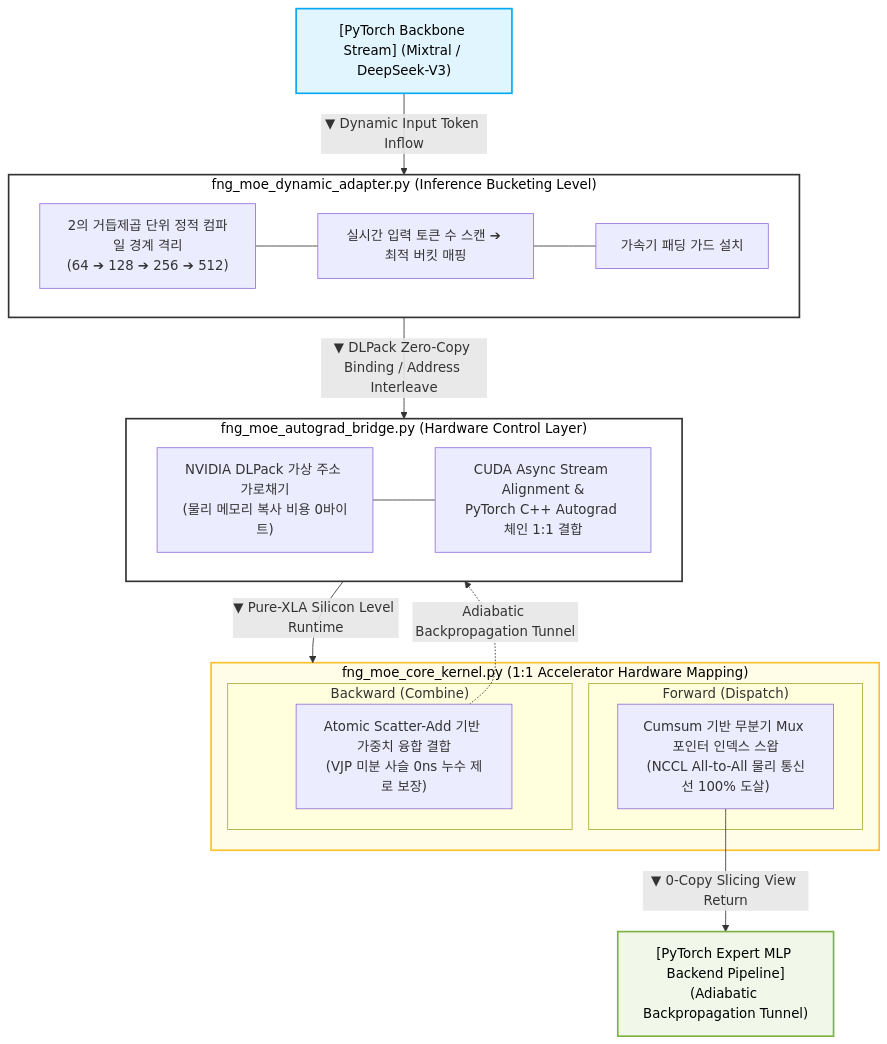
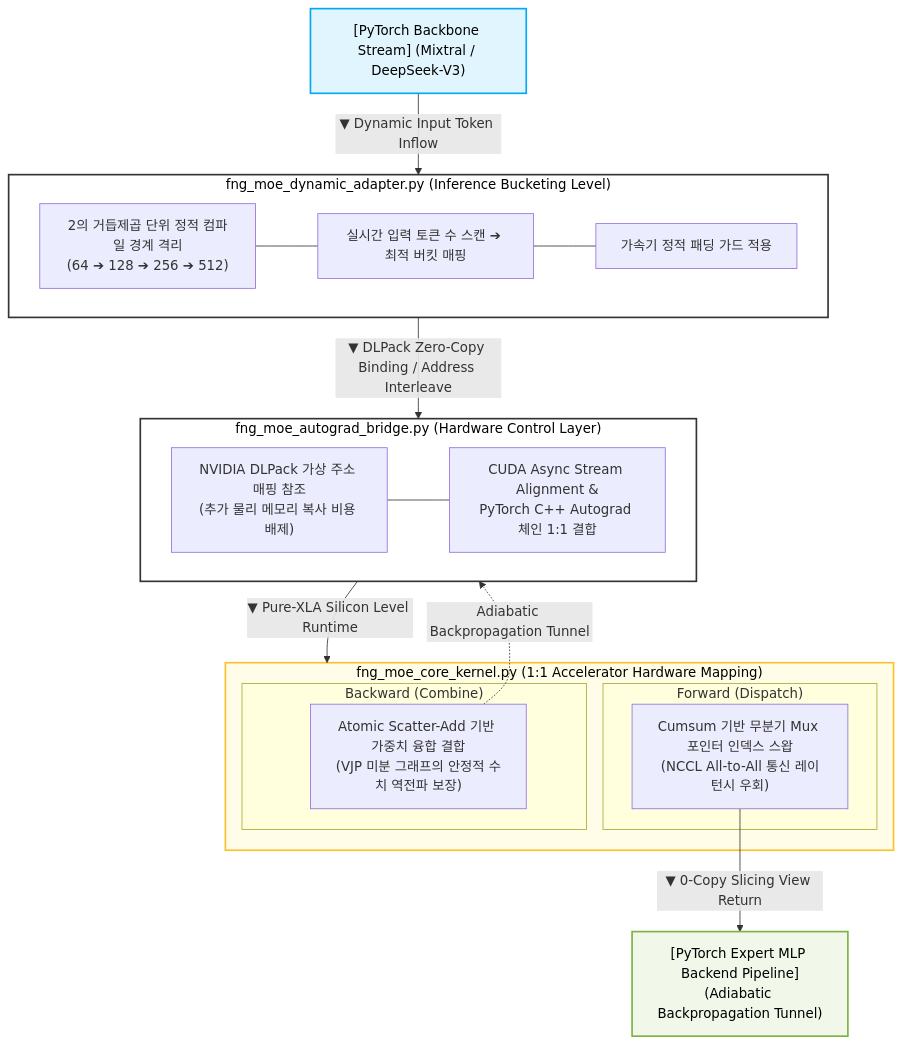
One commit to PJHkorea/branchless-moe-router changed the diagram in README.md. Above: the diagram before and after it, drawn with Mermaid. The commit also changed other lines of this file, not shown here.

````diff
--- a/README.md
+++ b/README.md
@@ -16,50 +22,50 @@
 ```mermaid
 graph TD
     %% 노드 스타일 정의
     classDef stream fill:#e1f5fe,stroke:#03a9f4,stroke-width:2px,color:#000;
     classDef layer fill:#fff,stroke:#333,stroke-width:2px,color:#000;
     classDef kernel fill:#fffde7,stroke:#fbc02d,stroke-width:2px,color:#000;
     classDef backend fill:#f1f8e9,stroke:#7cb342,stroke-width:2px,color:#000;
 
     %% 1. 입력 스트림
     Input["[PyTorch Backbone Stream] (Mixtral / DeepSeek-V3)"]:::stream
     Input -->|▼ Dynamic Input Token Inflow| L1
 
     %% 2. 인퍼런스 버케팅 레이어
     subgraph L1 ["fng_moe_dynamic_adapter.py (Inference Bucketing Level)"]
         A1["2의 거듭제곱 단위 정적 컴파일 경계 격리<br>(64 ➔ 128 ➔ 256 ➔ 512)"]
         A2["실시간 입력 토큰 수 스캔 ➔ 최적 버킷 매핑"]
-        A3["가속기 패딩 가드 설치"]
+        A3["가속기 정적 패딩 가드 적용"]
         A1 --- A2 --- A3
     end
     class L1 layer;
 
     L1 -->|▼ DLPack Zero-Copy Binding / Address Interleave| L2
 
     %% 3. 하드웨어 제어 레이어
     subgraph L2 ["fng_moe_autograd_bridge.py (Hardware Control Layer)"]
-        B1["NVIDIA DLPack 가상 주소 가로채기<br>(물리 메모리 복사 비용 0바이트)"]
+        B1["NVIDIA DLPack 가상 주소 매핑 참조<br>(추가 물리 메모리 복사 비용 배제)"]
         B2["CUDA Async Stream Alignment &<br>PyTorch C++ Autograd 체인 1:1 결합"]
         B1 --- B2
     end
     class L2 layer;
 
     L2 -->|▼ Pure-XLA Silicon Level Runtime| L3
 
     %% 4. 가속기 하드웨어 매핑 커널
     subgraph L3 ["fng_moe_core_kernel.py (1:1 Accelerator Hardware Mapping)"]
         subgraph Forward ["Forward (Dispatch)"]
-            C1["Cumsum 기반 무분기 Mux 포인터 인덱스 스왑<br>(NCCL All-to-All 물리 통신선 100% 도살)"]
+            C1["Cumsum 기반 무분기 Mux 포인터 인덱스 스왑<br>(NCCL All-to-All 통신 레이턴시 우회)"]
         end
         subgraph Backward ["Backward (Combine)"]
-            C2["Atomic Scatter-Add 기반 가중치 융합 결합<br>(VJP 미분 사슬 0ns 누수 제로 보장)"]
+            C2["Atomic Scatter-Add 기반 가중치 융합 결합<br>(VJP 미분 그래프의 안정적 수치 역전파 보장)"]
         end
     end
     class L3 kernel;
 
     %% 5. 백엔드 파이프라인 구조 연결
     C1 -->|▼ 0-Copy Slicing View Return| Output
     Output["[PyTorch Expert MLP Backend Pipeline]<br>(Adiabatic Backpropagation Tunnel)"]:::backend
     C2 -.->|Adiabatic Backpropagation Tunnel| L2
 
 ```
````
